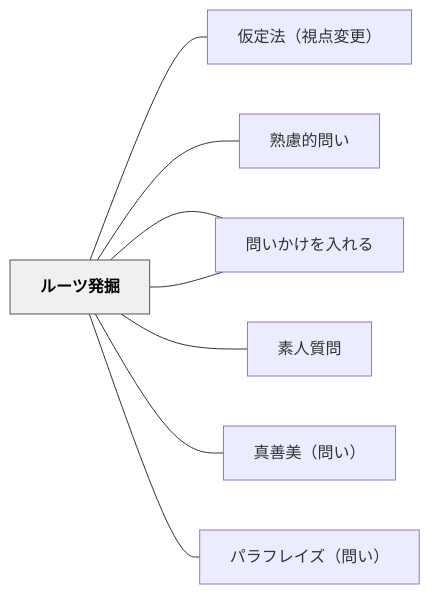
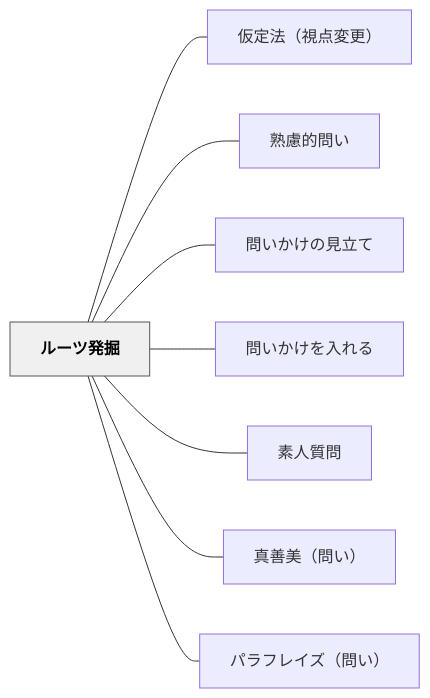
Before and after one commit to unknownthings-ed-patterns/unknownthings-ed-patterns: the diagram in content/パタン/ルーツ発掘.md, drawn with Mermaid. The commit also changed 527 other files, not shown here.

````diff
--- a/content/パタン/ルーツ発掘.md
+++ b/content/パタン/ルーツ発掘.md
@@ -74,22 +74,22 @@
 ```mermaid
 flowchart LR
-    ne383abe383bc["ルーツ発掘"]
-    ne4bbaee5ae9a["仮定法（視点変更）"]
-    ne7869fe685ae["熟慮的問い"]
-    ne5958fe38184["問いかけの見立て"]
-    ne5958fe38184["問いかけを入れる"]
-    ne7b4a0e4baba["素人質問"]
-    ne79c9fe59684["真善美（問い）"]
-    ne38391e383a9["パラフレイズ（問い）"]
+    ne383abe383bce38384e799bae68e98["ルーツ発掘"]
+    ne4bbaee5ae9ae6b395efbc88e8a696e782b9e5a489e69bb4efbc89["仮定法（視点変更）"]
+    ne7869fe685aee79a84e5958fe38184["熟慮的問い"]
+    ne5958fe38184e3818be38191e381aee8a68be7ab8be381a6["問いかけの見立て"]
+    ne5958fe38184e3818be38191e38292e585a5e3828ce3828b["問いかけを入れる"]
+    ne7b4a0e4babae8b3aae5958f["素人質問"]
+    ne79c9fe59684e7be8eefbc88e5958fe38184efbc89["真善美（問い）"]
+    ne38391e383a9e38395e383ace382a4e382baefbc88e5958fe38184efbc89["パラフレイズ（問い）"]
 
-    ne383abe383bc --- ne4bbaee5ae9a
-    ne383abe383bc --- ne7869fe685ae
-    ne383abe383bc --- ne5958fe38184
-    ne383abe383bc --- ne5958fe38184
-    ne383abe383bc --- ne7b4a0e4baba
-    ne383abe383bc --- ne79c9fe59684
-    ne383abe383bc --- ne38391e383a9
+    ne383abe383bce38384e799bae68e98 --- ne4bbaee5ae9ae6b395efbc88e8a696e782b9e5a489e69bb4efbc89
+    ne383abe383bce38384e799bae68e98 --- ne7869fe685aee79a84e5958fe38184
+    ne383abe383bce38384e799bae68e98 --- ne5958fe38184e3818be38191e381aee8a68be7ab8be381a6
+    ne383abe383bce38384e799bae68e98 --- ne5958fe38184e3818be38191e38292e585a5e3828ce3828b
+    ne383abe383bce38384e799bae68e98 --- ne7b4a0e4babae8b3aae5958f
+    ne383abe383bce38384e799bae68e98 --- ne79c9fe59684e7be8eefbc88e5958fe38184efbc89
+    ne383abe383bce38384e799bae68e98 --- ne38391e383a9e38395e383ace382a4e382baefbc88e5958fe38184efbc89
 
     classDef hub fill:#f0f0f0,stroke:#555,color:#000,font-weight:bold
-    class ne383abe383bc hub
+    class ne383abe383bce38384e799bae68e98 hub
 ```
````
